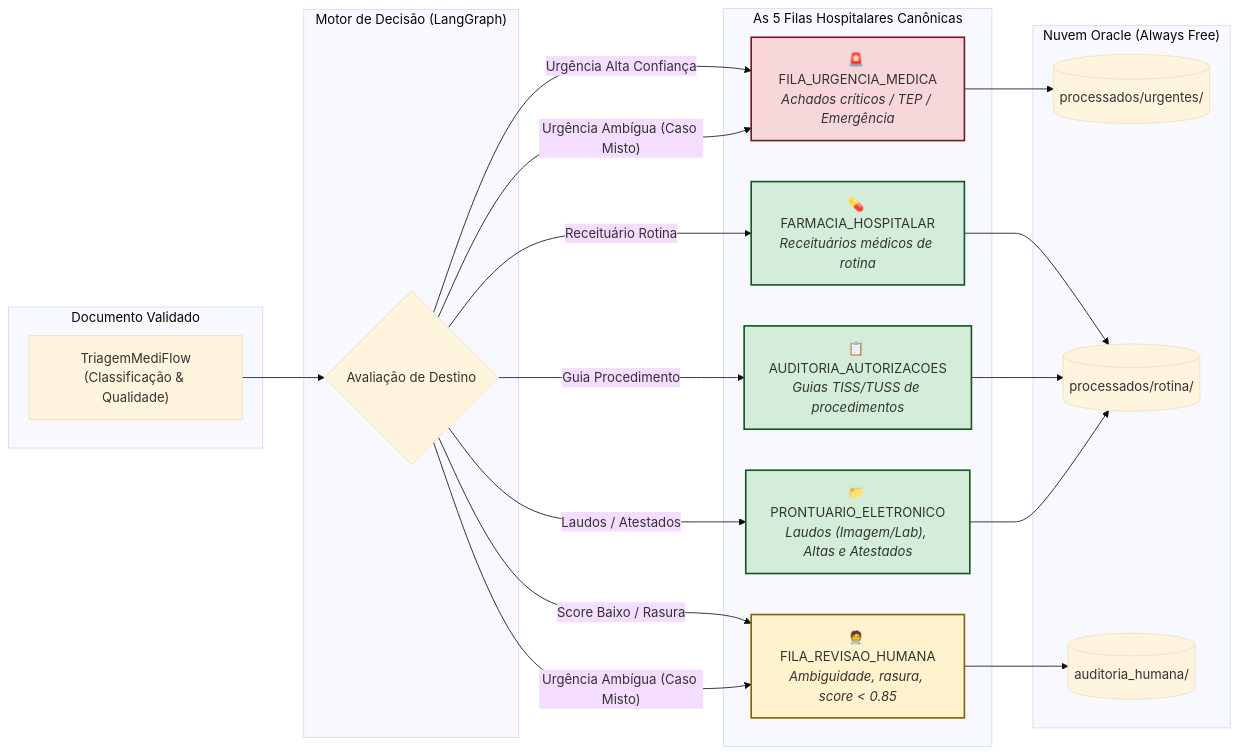
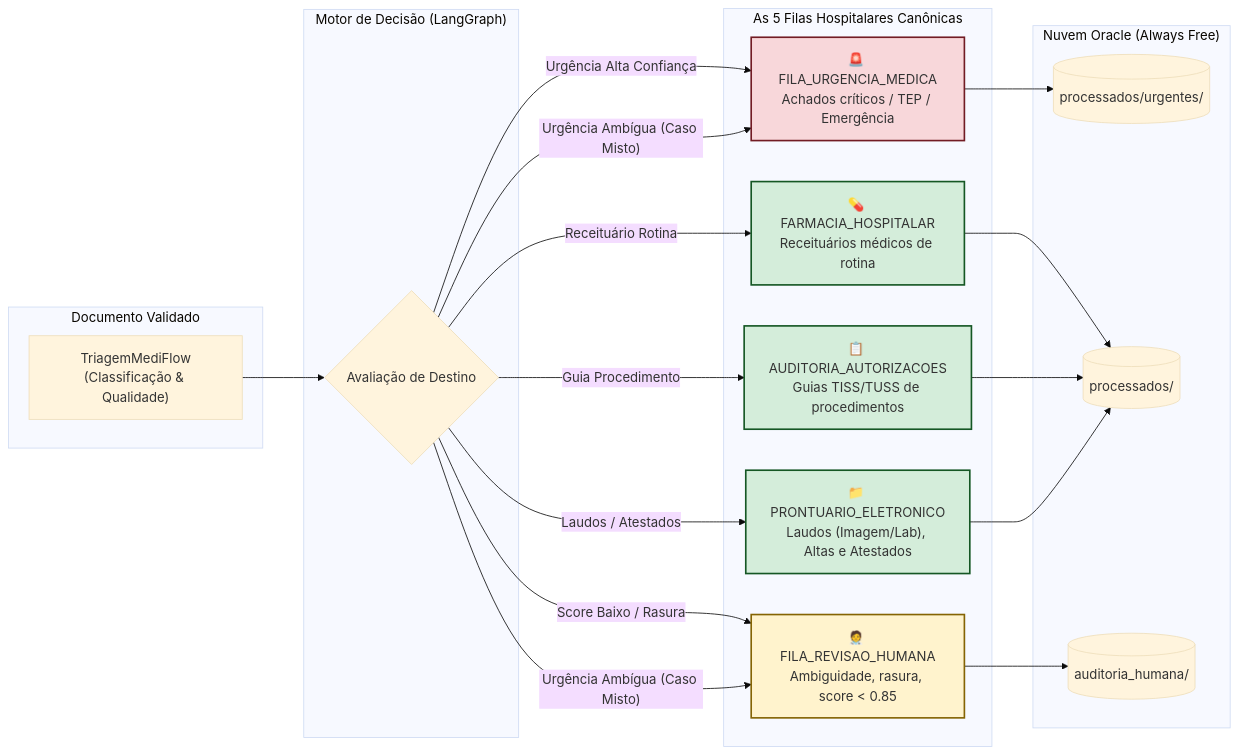
Before and after one commit to No-Country-simulation/g10-brasil-equipe-15_mediflow: the fifth of 6 diagrams in docs/testes/VISUAL_SCHEMAS.md, drawn with Mermaid (base theme). The commit also changed other lines of this file and 5 other files, not shown here.

````diff
--- a/docs/testes/VISUAL_SCHEMAS.md
+++ b/docs/testes/VISUAL_SCHEMAS.md
@@ -276,46 +278,46 @@
 ```mermaid
 flowchart LR
     subgraph ENTRADA["Documento Validado"]
         DOC["TriagemMediFlow<br/>(Classificação & Qualidade)"]
     end
 
     subgraph MOTOR["Motor de Decisão (LangGraph)"]
         DECISAO{"Avaliação de Destino"}
     end
 
     subgraph FILAS["As 5 Filas Hospitalares Canônicas"]
-        F1["🚨 FILA_URGENCIA_MEDICA<br/><i>Achados críticos / TEP / Emergência</i>"]
-        F2["💊 FARMACIA_HOSPITALAR<br/><i>Receituários médicos de rotina</i>"]
-        F3["📋 AUDITORIA_AUTORIZACOES<br/><i>Guias TISS/TUSS de procedimentos</i>"]
-        F4["📁 PRONTUARIO_ELETRONICO<br/><i>Laudos (Imagem/Lab), Altas e Atestados</i>"]
-        F5["🧑‍⚕️ FILA_REVISAO_HUMANA<br/><i>Ambiguidade, rasura, score < 0.85</i>"]
+        F1["🚨 FILA_URGENCIA_MEDICA<br/>Achados críticos / TEP / Emergência"]
+        F2["💊 FARMACIA_HOSPITALAR<br/>Receituários médicos de rotina"]
+        F3["📋 AUDITORIA_AUTORIZACOES<br/>Guias TISS/TUSS de procedimentos"]
+        F4["📁 PRONTUARIO_ELETRONICO<br/>Laudos (Imagem/Lab), Altas e Atestados"]
+        F5["🧑‍⚕️ FILA_REVISAO_HUMANA<br/>Ambiguidade, rasura, score < 0.85"]
     end
 
     subgraph OCI["Nuvem Oracle (Always Free)"]
         BUCKET_URG[("processados/urgentes/")]
-        BUCKET_ROT[("processados/rotina/")]
+        BUCKET_ROT[("processados/")]
         BUCKET_AUD[("auditoria_humana/")]
     end
 
     DOC --> DECISAO
 
     DECISAO -- "Urgência Alta Confiança" --> F1
     DECISAO -- "Receituário Rotina" --> F2
     DECISAO -- "Guia Procedimento" --> F3
     DECISAO -- "Laudos / Atestados" --> F4
     DECISAO -- "Score Baixo / Rasura" --> F5
     DECISAO -- "Urgência Ambígua (Caso Misto)" --> F1
     DECISAO -- "Urgência Ambígua (Caso Misto)" --> F5
 
     F1 --> BUCKET_URG
     F2 --> BUCKET_ROT
     F3 --> BUCKET_ROT
     F4 --> BUCKET_ROT
     F5 --> BUCKET_AUD
 
     style F1 fill:#F8D7DA,stroke:#721C24,stroke-width:2px
     style F5 fill:#FFF3CD,stroke:#856404,stroke-width:2px
     style F2 fill:#D4EDDA,stroke:#155724,stroke-width:2px
     style F3 fill:#D4EDDA,stroke:#155724,stroke-width:2px
     style F4 fill:#D4EDDA,stroke:#155724,stroke-width:2px
 ```
````
